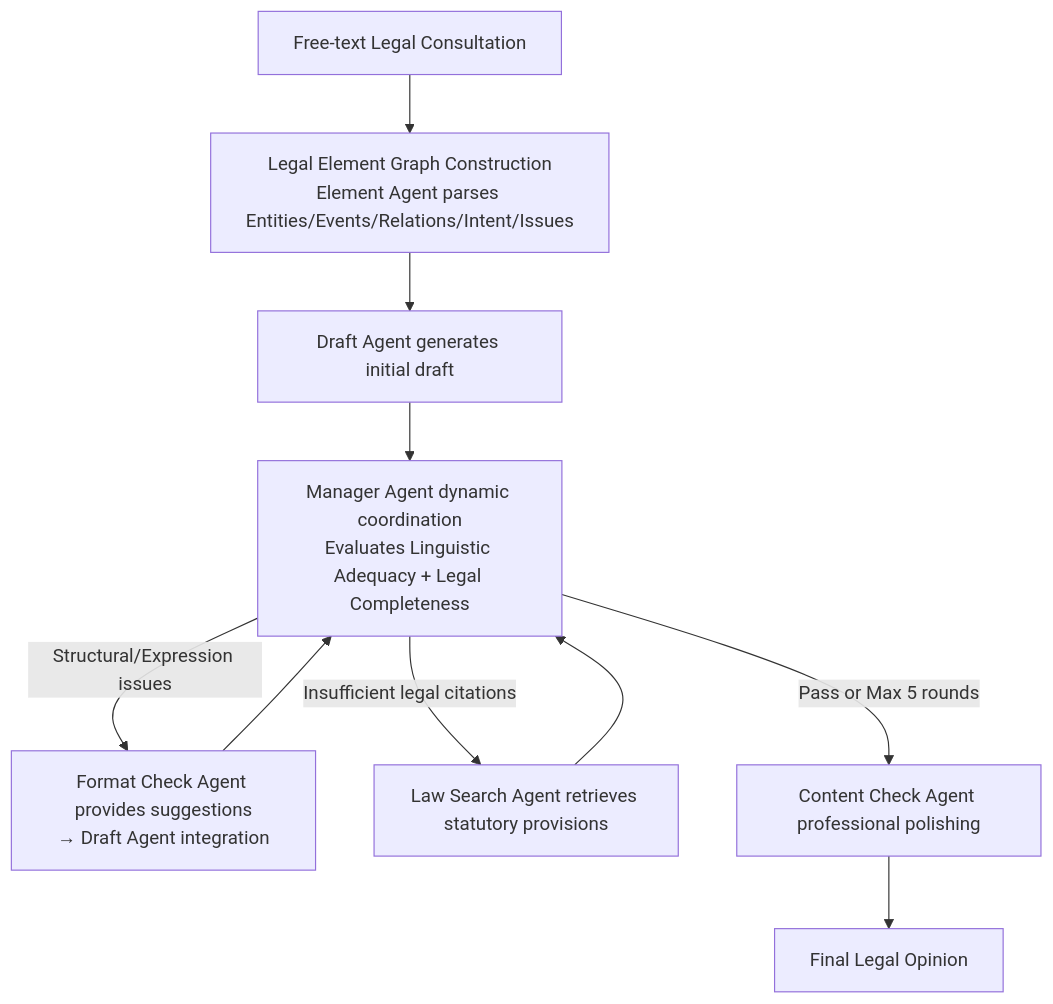
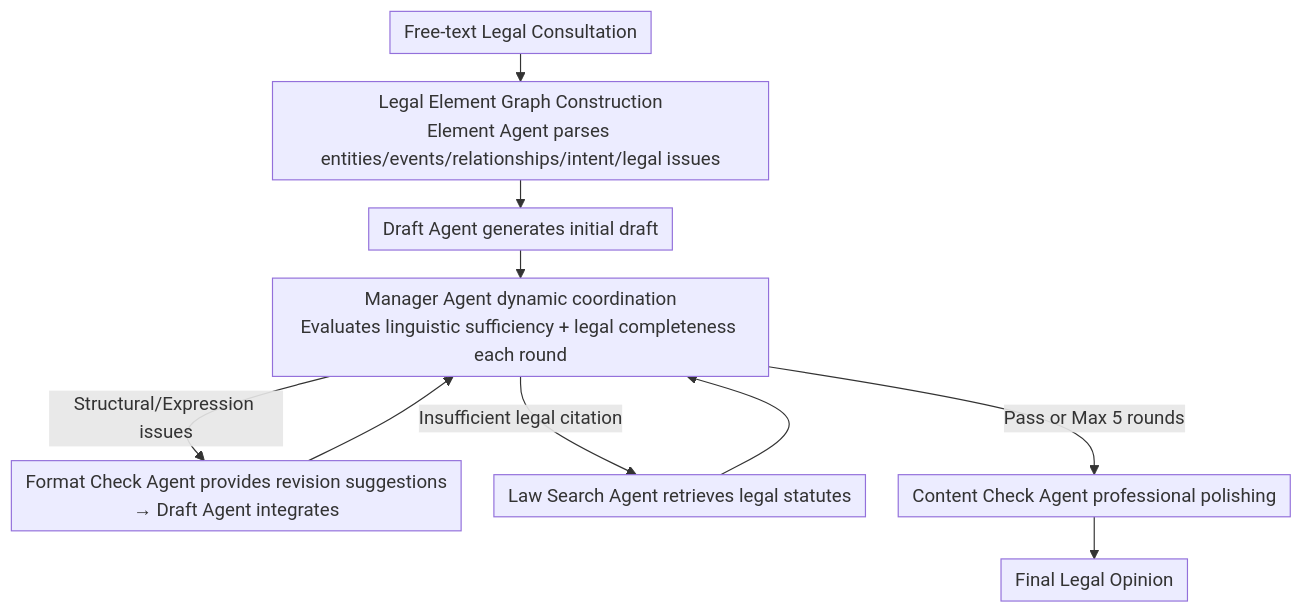
The diagram in docs/ACL2026/multi_agent/from_query_to_counsel_structured_reasoning_with_a_multi-agent_framework_and_data.md (zhaoyang97/Paper-Notes-en), drawn with Mermaid before and after one commit. The commit also changed other lines of this file and 5084 other files, not shown here.

````diff
--- a/docs/ACL2026/multi_agent/from_query_to_counsel_structured_reasoning_with_a_multi-agent_framework_and_data.md
+++ b/docs/ACL2026/multi_agent/from_query_to_counsel_structured_reasoning_with_a_multi-agent_framework_and_data.md
@@ -42,12 +42,13 @@
 ```mermaid
-graph TD
-    Q["Free-text Legal Consultation"] --> EG["Legal Element Graph Construction<br/>Element Agent parses Entities/Events/Relations/Intent/Issues"]
+%%{init: {'flowchart': {'rankSpacing': 24, 'nodeSpacing': 28, 'padding': 6, 'wrappingWidth': 400}}}%%
+flowchart TD
+    Q["Free-text Legal Consultation"] --> EG["Legal Element Graph Construction<br/>Element Agent parses entities/events/relationships/intent/legal issues"]
     EG --> DR["Draft Agent generates initial draft"]
-    DR --> MA["Manager Agent dynamic coordination<br/>Evaluates Linguistic Adequacy + Legal Completeness"]
-    MA -->|Structural/Expression issues| FC["Format Check Agent provides suggestions<br/>→ Draft Agent integration"]
-    MA -->|Insufficient legal citations| LS["Law Search Agent retrieves statutory provisions"]
+    DR --> MA["Manager Agent dynamic coordination<br/>Evaluates linguistic sufficiency + legal completeness each round"]
+    MA -->|Structural/Expression issues| FC["Format Check Agent provides revision suggestions<br/>→ Draft Agent integrates"]
+    MA -->|Insufficient legal citation| LS["Law Search Agent retrieves legal statutes"]
     FC --> MA
     LS --> MA
     MA -->|Pass or Max 5 rounds| CC["Content Check Agent professional polishing"]
     CC --> OUT["Final Legal Opinion"]
 ```
````
